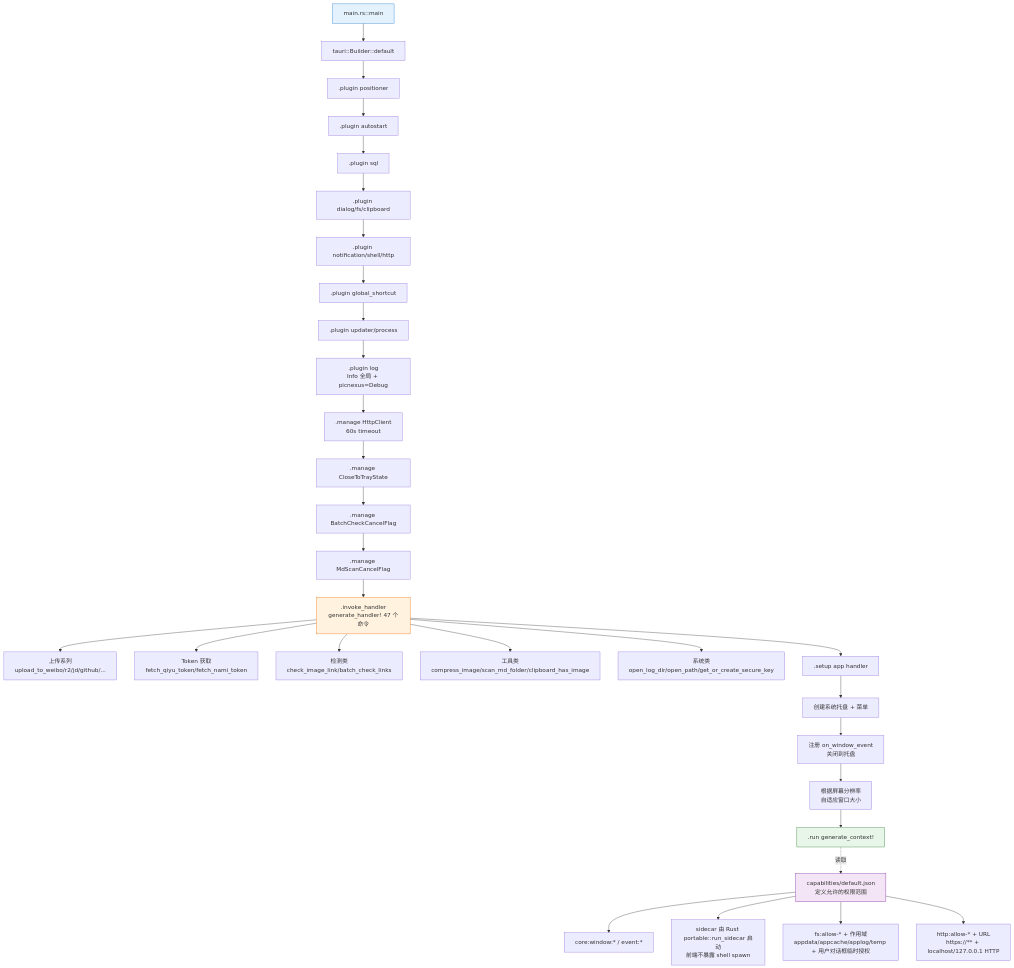
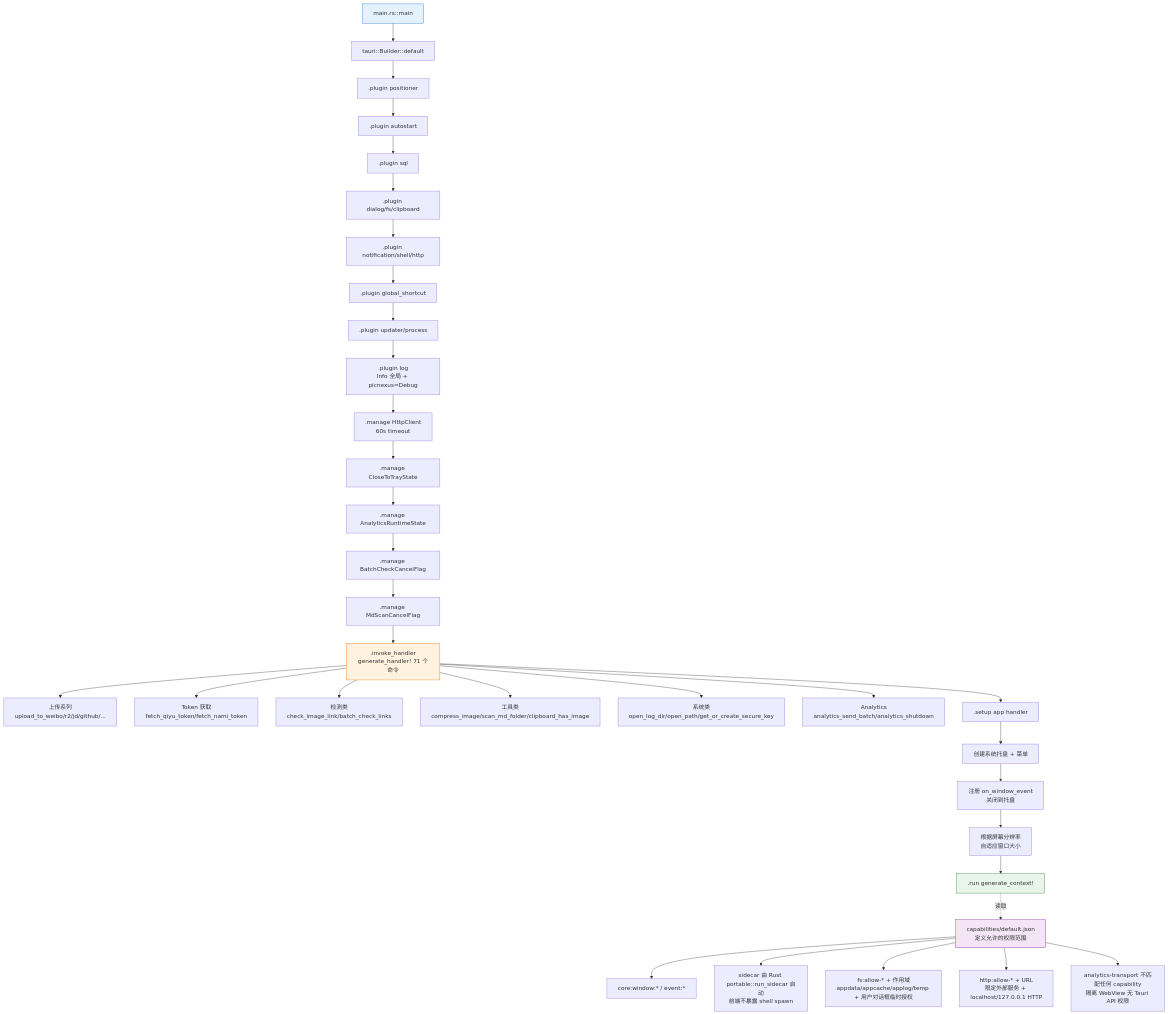
Before and after one commit to joeyliu6/PicNexus: the first of 5 diagrams in docs/flows/ipc-command-flow.md, drawn with Mermaid. The commit also changed other lines of this file and 4 other files, not shown here.

Commit message:
test(analytics): cover isolated startup transport

````diff
--- a/docs/flows/ipc-command-flow.md
+++ b/docs/flows/ipc-command-flow.md
@@ -19,47 +19,50 @@
 ```mermaid
 flowchart TD
     A[main.rs::main] --> B[tauri::Builder::default]
 
     %% 插件链
     B --> P1[.plugin positioner]
     P1 --> P2[.plugin autostart]
     P2 --> P3[.plugin sql]
     P3 --> P4[.plugin dialog/fs/clipboard]
     P4 --> P5[.plugin notification/shell/http]
     P5 --> P6[.plugin global_shortcut]
     P6 --> P7[.plugin updater/process]
     P7 --> P8[.plugin log<br/>Info 全局 + picnexus=Debug]
 
     %% 全局状态
     P8 --> M1[.manage HttpClient<br/>60s timeout]
     M1 --> M2[.manage CloseToTrayState]
-    M2 --> M3[.manage BatchCheckCancelFlag]
-    M3 --> M4[.manage MdScanCancelFlag]
+    M2 --> M3[.manage AnalyticsRuntimeState]
+    M3 --> M4[.manage BatchCheckCancelFlag]
+    M4 --> M5[.manage MdScanCancelFlag]
 
     %% 命令注册
-    M4 --> H[.invoke_handler<br/>generate_handler! 47 个命令]
+    M5 --> H[.invoke_handler<br/>generate_handler! 71 个命令]
     H --> H1[上传系列<br/>upload_to_weibo/r2/jd/github/...]
     H --> H2[Token 获取<br/>fetch_qiyu_token/fetch_nami_token]
     H --> H3[检测类<br/>check_image_link/batch_check_links]
     H --> H4[工具类<br/>compress_image/scan_md_folder/clipboard_has_image]
     H --> H5[系统类<br/>open_log_dir/open_path/get_or_create_secure_key]
+    H --> H6[Analytics<br/>analytics_send_batch/analytics_shutdown]
 
     %% Setup 回调
     H --> S[.setup app handler]
     S --> S1[创建系统托盘 + 菜单]
     S1 --> S2[注册 on_window_event<br/>关闭到托盘]
     S2 --> S3[根据屏幕分辨率<br/>自适应窗口大小]
     S3 --> R[.run generate_context!]
 
     %% 权限校验
     R -.读取.-> CAP[capabilities/default.json<br/>定义允许的权限范围]
     CAP --> CAP1[core:window:* / event:*]
     CAP --> CAP2[sidecar 由 Rust portable::run_sidecar 启动<br/>前端不暴露 shell spawn]
     CAP --> CAP3[fs:allow-* + 作用域<br/>appdata/appcache/applog/temp + 用户对话框临时授权]
-    CAP --> CAP4[http:allow-* + URL<br/>https://** + localhost/127.0.0.1 HTTP]
+    CAP --> CAP4[http:allow-* + URL<br/>限定外部服务 + localhost/127.0.0.1 HTTP]
+    CAP --> CAP5[analytics-transport 不匹配任何 capability<br/>隔离 WebView 无 Tauri API 权限]
 
     style A fill:#e3f2fd,stroke:#1976d2
     style H fill:#fff3e0,stroke:#ef6c00
     style R fill:#e8f5e9,stroke:#2e7d32
     style CAP fill:#f3e5f5,stroke:#7b1fa2
 ```
````
